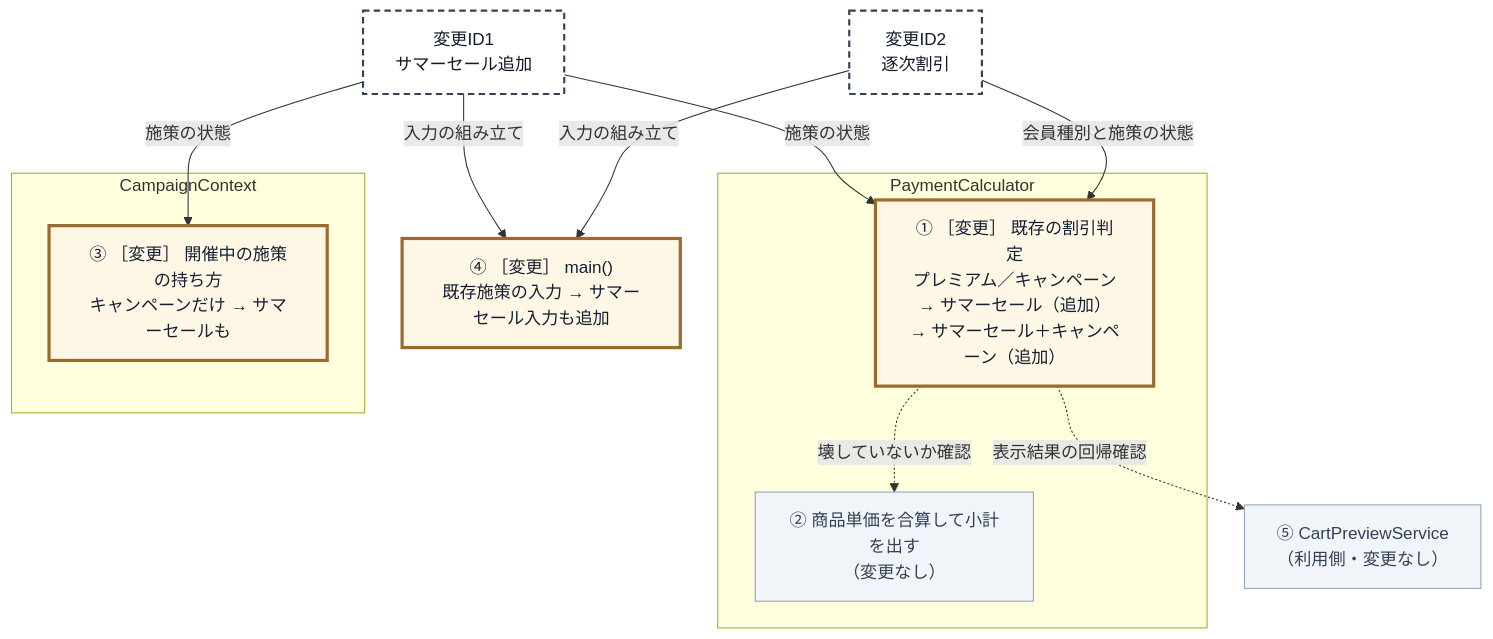
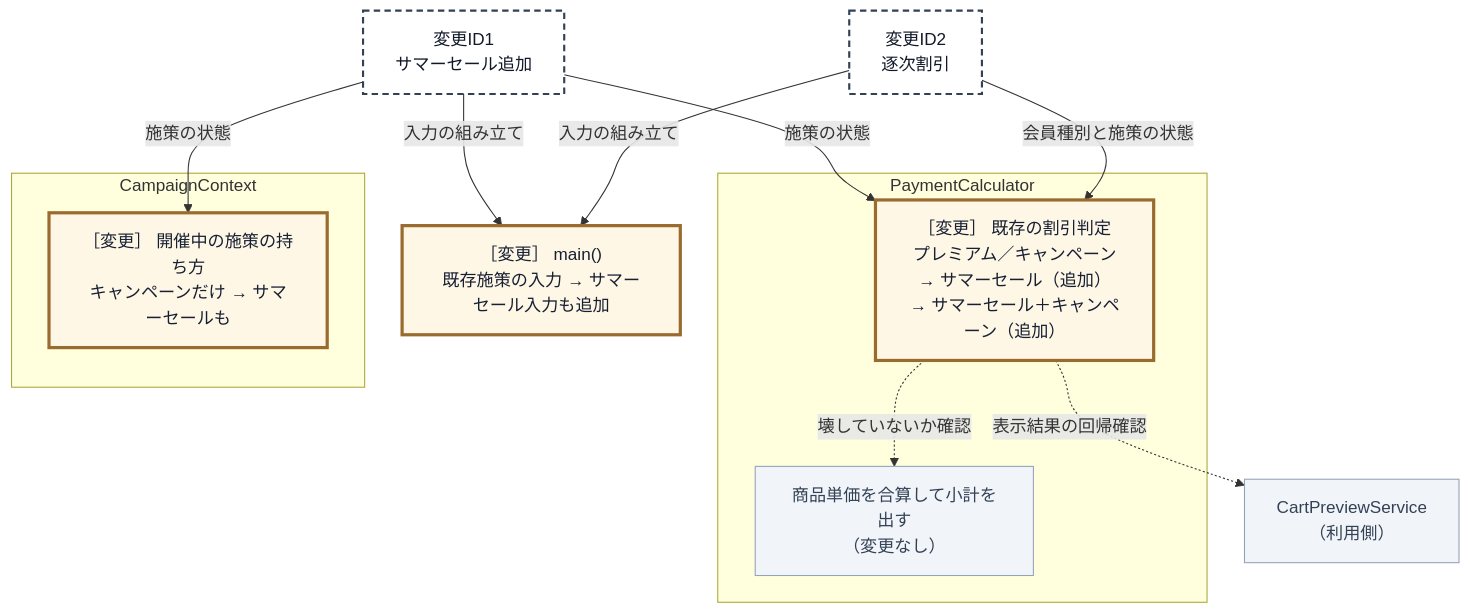
Before and after one commit to kumachan1101-pixel/DesignPattern: the sixth of 18 diagrams in kindle/design-patterns/books/volume01-core-patterns/output/03-chapter01.md, drawn with Mermaid. The commit also changed other lines of this file and 6 other files, not shown here.

````diff
--- a/kindle/design-patterns/books/volume01-core-patterns/output/03-chapter01.md
+++ b/kindle/design-patterns/books/volume01-core-patterns/output/03-chapter01.md
@@ -1171,29 +1159,29 @@
 ```mermaid
 graph TD
     T1["変更ID1<br>サマーセール追加"]:::req
     T2["変更ID2<br>逐次割引"]:::req
 
     subgraph PC["PaymentCalculator"]
-        P2["① ［変更］ 既存の割引判定<br>プレミアム／キャンペーン<br>→ サマーセール（追加）<br>→ サマーセール＋キャンペーン（追加）"]:::touched
-        P1["② 商品単価を合算して小計を出す<br>（変更なし）"]:::keep
+        P2["［変更］ 既存の割引判定<br>プレミアム／キャンペーン<br>→ サマーセール（追加）<br>→ サマーセール＋キャンペーン（追加）"]:::touched
+        P1["商品単価を合算して小計を出す<br>（変更なし）"]:::keep
     end
 
     subgraph CC["CampaignContext"]
-        C1["③ ［変更］ 開催中の施策の持ち方<br>キャンペーンだけ → サマーセールも"]:::touched
+        C1["［変更］ 開催中の施策の持ち方<br>キャンペーンだけ → サマーセールも"]:::touched
     end
 
-    M["④ ［変更］ main()<br>既存施策の入力 → サマーセール入力も追加"]:::touched
-    V["⑤ CartPreviewService<br>（利用側・変更なし）"]:::keep
+    M["［変更］ main()<br>既存施策の入力 → サマーセール入力も追加"]:::touched
+    V["CartPreviewService<br>（利用側）"]:::keep
 
     T1 -->|"施策の状態"| P2
     T1 -->|"施策の状態"| C1
     T1 -->|"入力の組み立て"| M
     T2 -->|"会員種別と施策の状態"| P2
     T2 -->|"入力の組み立て"| M
     P2 -.->|"壊していないか確認"| P1
     P2 -.->|"表示結果の回帰確認"| V
 
     classDef req fill:#ffffff,stroke:#334155,stroke-width:2px,stroke-dasharray:6 4,color:#111827;
     classDef keep fill:#f1f5f9,stroke:#94a3b8,color:#334155;
     classDef touched fill:#fff7e6,stroke:#9a6b2f,stroke-width:3px,color:#172033;
 ```
````
